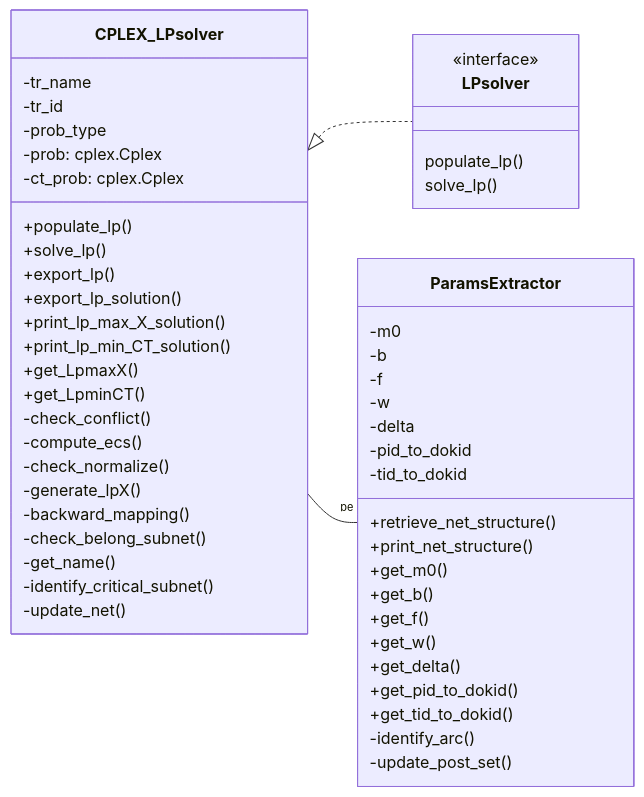
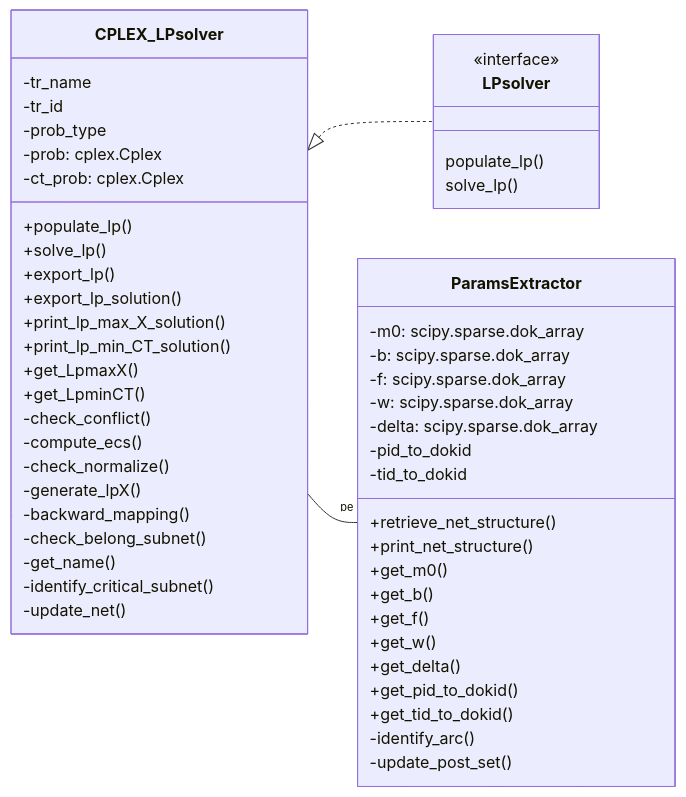
One commit to simber72/PTPNperfbound changed the third of 3 diagrams in doc/Solver_modules.md. Above: the diagram before and after it, drawn with Mermaid.

````diff
--- a/doc/Solver_modules.md
+++ b/doc/Solver_modules.md
@@ -118,58 +118,58 @@
 ```mermaid
 classDiagram
 	
 	direction LR
 	class LPsolver{
 		populate_lp()
 		solve_lp()
 	}
 	<<interface>> LPsolver
 
 	class CPLEX_LPsolver{
 		-tr_name
 		-tr_id
 		-prob_type
 		-prob: cplex.Cplex
 		-ct_prob: cplex.Cplex
 		+populate_lp()
 		+solve_lp()
 		+export_lp()
 		+export_lp_solution()
 		+print_lp_max_X_solution()
 		+print_lp_min_CT_solution()
 		+get_LpmaxX()
 		+get_LpminCT()
 		-check_conflict()
 		-compute_ecs()
 		-check_normalize()
 		-generate_lpX()
 		-backward_mapping()
 		-check_belong_subnet()
 		-get_name()
 		-identify_critical_subnet()
 		-update_net()
 	}
 	class ParamsExtractor{
-		-m0
-		-b
-		-f
-		-w
-		-delta
+		-m0: scipy.sparse.dok_array
+		-b: scipy.sparse.dok_array
+		-f: scipy.sparse.dok_array
+		-w: scipy.sparse.dok_array
+		-delta: scipy.sparse.dok_array
 		-pid_to_dokid
 		-tid_to_dokid
 		+retrieve_net_structure()
 		+print_net_structure()
 		+get_m0()
 		+get_b()
 		+get_f()
 		+get_w()
 		+get_delta()
 		+get_pid_to_dokid()
 		+get_tid_to_dokid()
 		-identify_arc()
 		-update_post_set()
 	}
 
 	CPLEX_LPsolver <|.. LPsolver
 	CPLEX_LPsolver --"pe" ParamsExtractor
 ```
````
